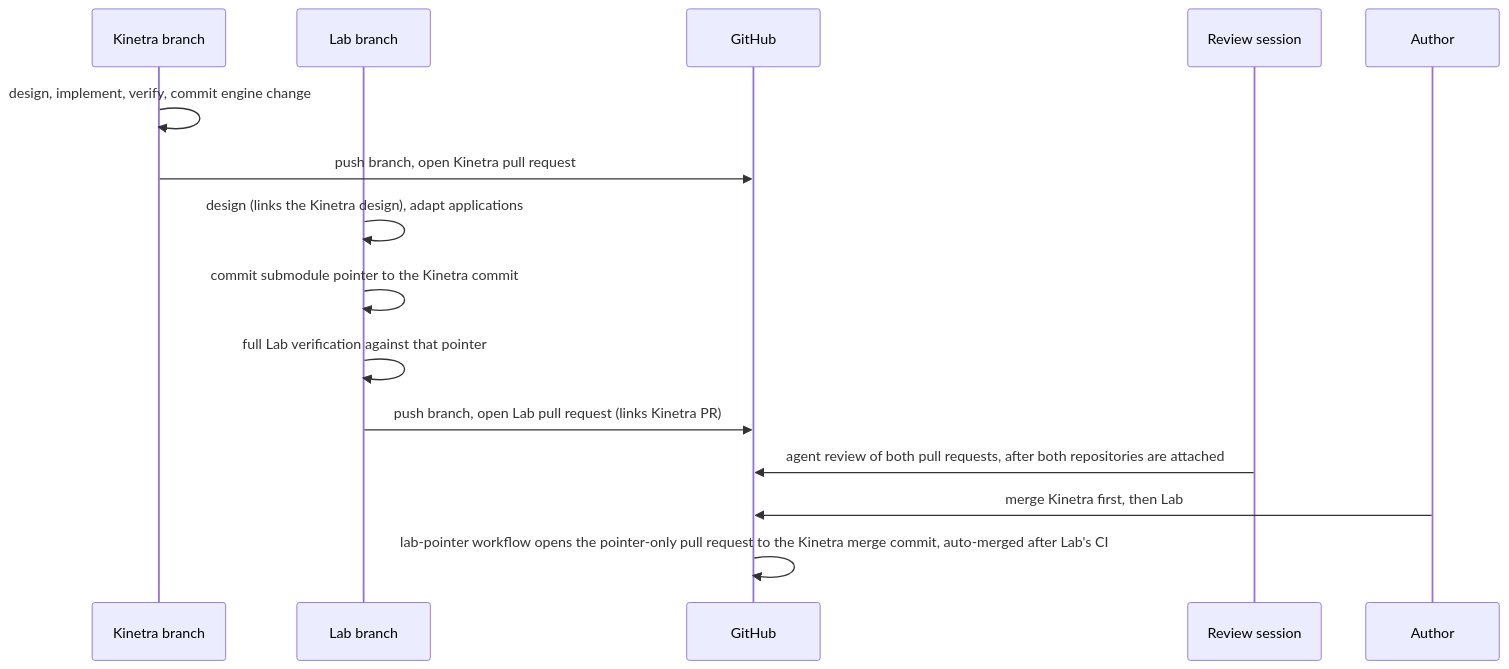
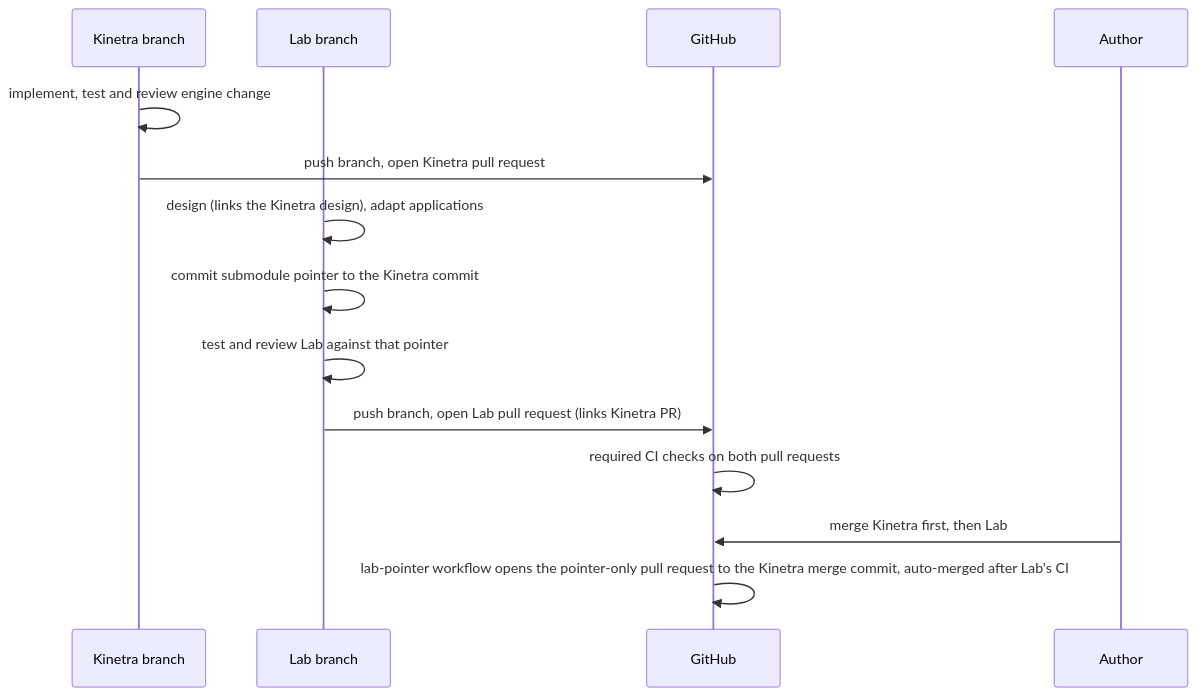
The third of 3 diagrams in docs/workflow.md (SMB-M87/Kinetra), drawn with Mermaid before and after one commit. The commit also changed other lines of this file and 14 other files, not shown here.

````diff
--- a/docs/workflow.md
+++ b/docs/workflow.md
@@ -208,17 +207,16 @@
 ```mermaid
 sequenceDiagram
     participant K as Kinetra branch
     participant L as Lab branch
     participant G as GitHub
-    participant R as Review session
     participant A as Author
-    K->>K: design, implement, verify, commit engine change
+    K->>K: implement, test and review engine change
     K->>G: push branch, open Kinetra pull request
     L->>L: design (links the Kinetra design), adapt applications
     L->>L: commit submodule pointer to the Kinetra commit
-    L->>L: full Lab verification against that pointer
+    L->>L: test and review Lab against that pointer
     L->>G: push branch, open Lab pull request (links Kinetra PR)
-    R->>G: agent review of both pull requests, after both repositories are attached
+    G->>G: required CI checks on both pull requests
     A->>G: merge Kinetra first, then Lab
     G->>G: lab-pointer workflow opens the pointer-only pull request to the Kinetra merge commit, auto-merged after Lab's CI
 ```
````
